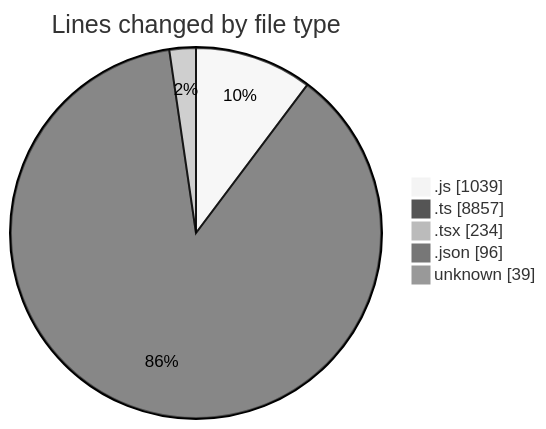
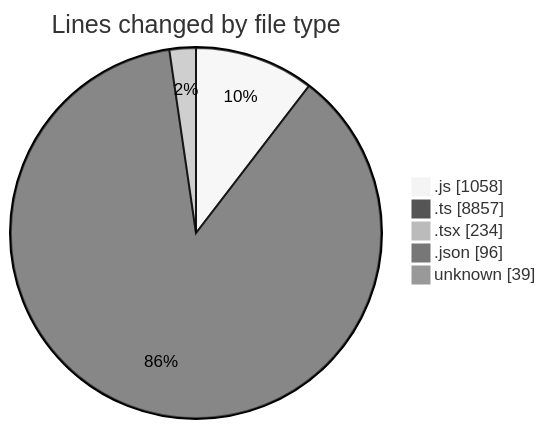
One commit to momahboobian/code-tracking changed the first of 2 diagrams in 2025-05-14/cda/README.md. Above: the diagram before and after it, drawn with Mermaid (neutral theme). The commit also changed other lines of this file and 1 other file, not shown here.

````diff
--- a/2025-05-14/cda/README.md
+++ b/2025-05-14/cda/README.md
@@ -30,9 +30,9 @@
 ```mermaid
 pie showData
 title Lines changed by file type
-".js" : 1039
+".js" : 1058
 ".ts" : 8857
 ".tsx" : 234
 ".json" : 96
 "unknown" : 39
 ```
````
